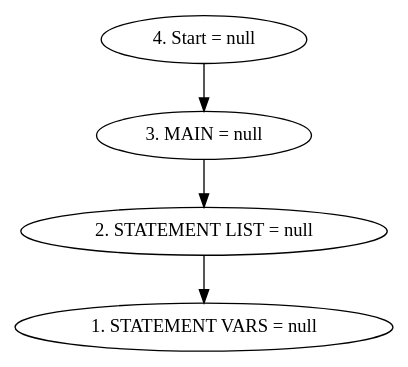
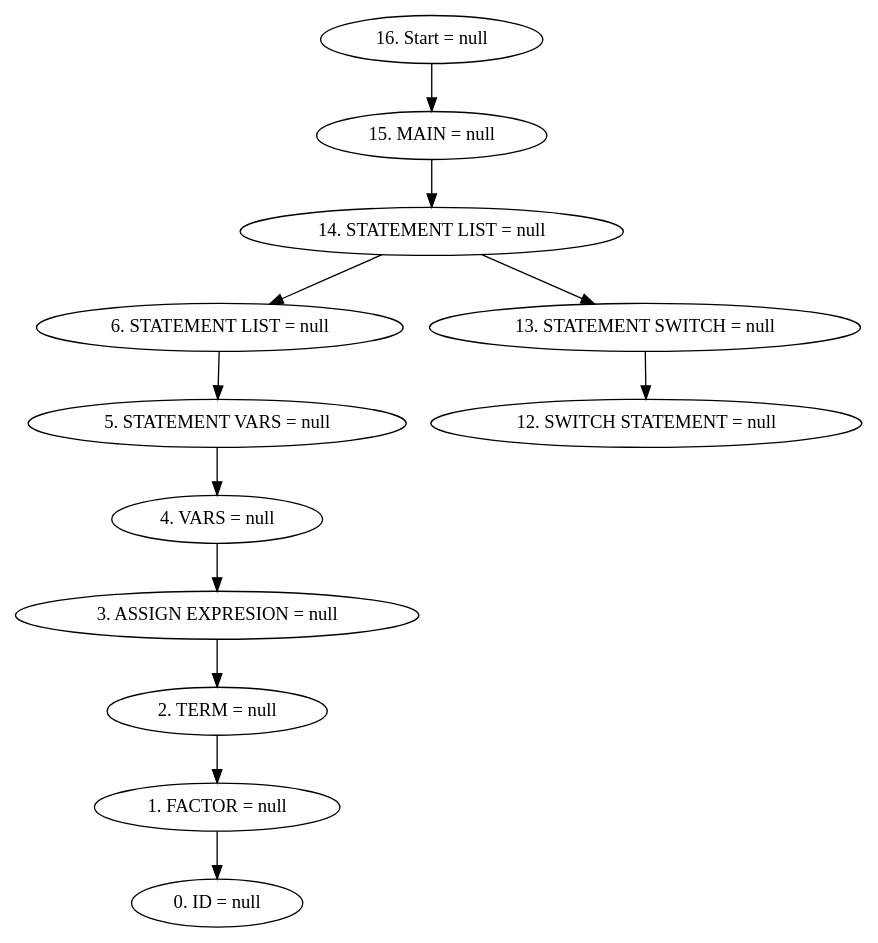
The diagram in Proyecto_Compiladores/ASTfile.dot (Andrew22674/compiladoresI), drawn with Graphviz before and after one commit. The commit also changed 8 other files, not shown here.

```diff
--- a/Proyecto_Compiladores/ASTfile.dot
+++ b/Proyecto_Compiladores/ASTfile.dot
@@ -1,7 +1,15 @@
 digraph G {
-"4. Start = null"->"3. MAIN = null"
-"3. MAIN = null"->"2. STATEMENT LIST = null"
-"2. STATEMENT LIST = null"->"1. STATEMENT VARS = null"
+"16. Start = null"->"15. MAIN = null"
+"15. MAIN = null"->"14. STATEMENT LIST = null"
+"14. STATEMENT LIST = null"->"6. STATEMENT LIST = null"
+"6. STATEMENT LIST = null"->"5. STATEMENT VARS = null"
+"5. STATEMENT VARS = null"->"4. VARS = null"
+"4. VARS = null"->"3. ASSIGN EXPRESION = null"
+"3. ASSIGN EXPRESION = null"->"2. TERM = null"
+"2. TERM = null"->"1. FACTOR = null"
+"1. FACTOR = null"->"0. ID = null"
+"14. STATEMENT LIST = null"->"13. STATEMENT SWITCH = null"
+"13. STATEMENT SWITCH = null"->"12. SWITCH STATEMENT = null"
 
 
 }
```
